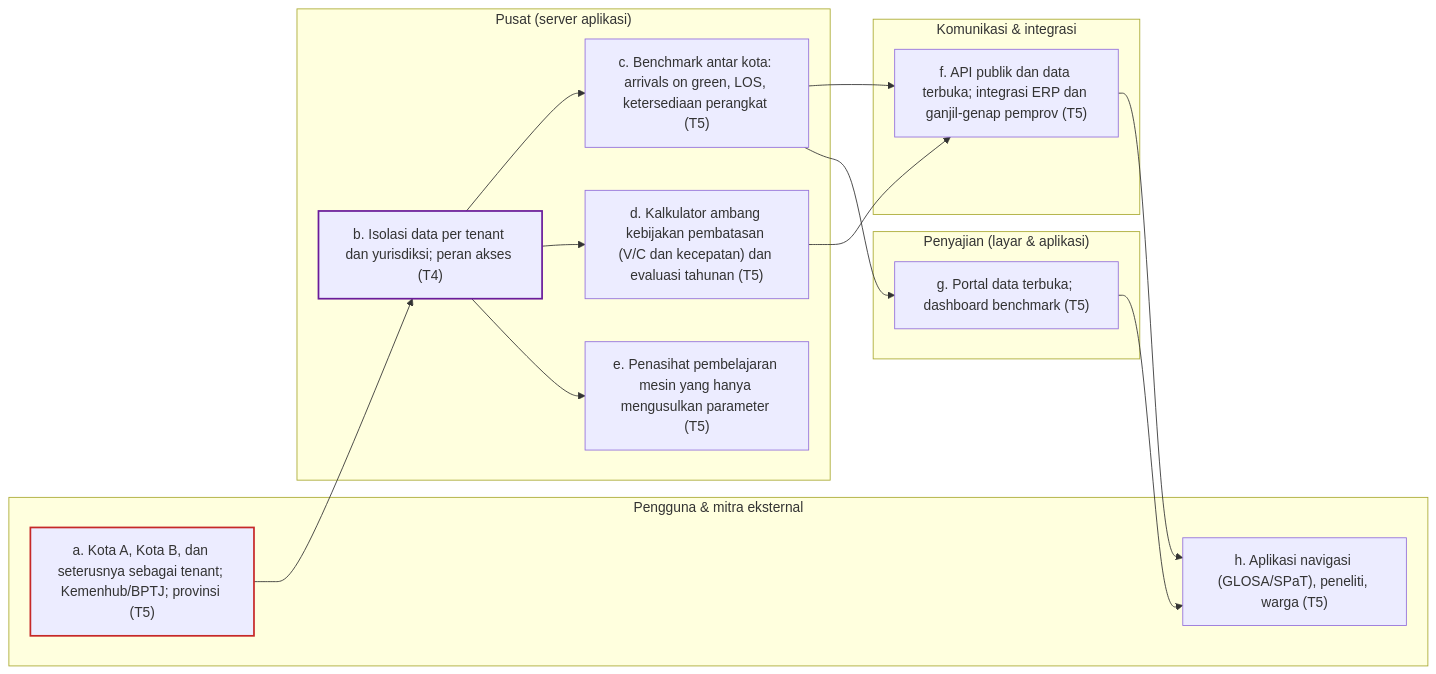
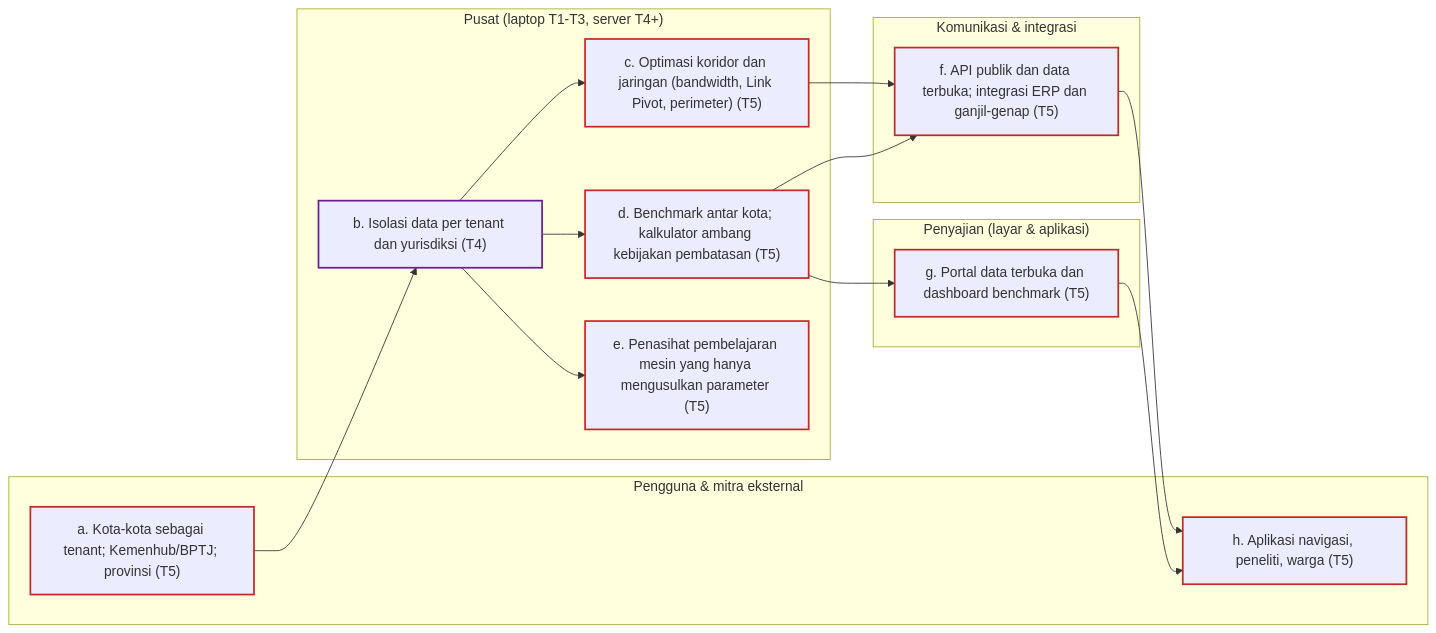
Diagram 12 of 12 in docs/planning/diagram/_bagian_diagram.md (lionateofhaidar/irama-project), drawn with Mermaid before and after one commit. The commit also changed other lines of this file and 75 other files, not shown here.

First line of the commit message:
Revisi fokus T2 Vision Tracker dan Optimasi Simpang; dokumen 14 sampai 16; diagram dirutekan ulang

````diff
--- a/docs/planning/diagram/_bagian_diagram.md
+++ b/docs/planning/diagram/_bagian_diagram.md
@@ -617,30 +666,32 @@
 ```mermaid
 flowchart LR
   subgraph P["Pengguna & mitra eksternal"]
-    F12a["a. Kota A, Kota B, dan seterusnya sebagai tenant; Kemenhub/BPTJ; provinsi (T5)"]
-    F12h["h. Aplikasi navigasi (GLOSA/SPaT), peneliti, warga (T5)"]
+    F12a["a. Kota-kota sebagai tenant; Kemenhub/BPTJ; provinsi (T5)"]
+    F12h["h. Aplikasi navigasi, peneliti, warga (T5)"]
   end
   subgraph U["Penyajian (layar & aplikasi)"]
-    F12g["g. Portal data terbuka; dashboard benchmark (T5)"]
+    F12g["g. Portal data terbuka dan dashboard benchmark (T5)"]
   end
-  subgraph S["Pusat (server aplikasi)"]
-    F12b["b. Isolasi data per tenant dan yurisdiksi; peran akses (T4)"]
-    F12c["c. Benchmark antar kota: arrivals on green, LOS, ketersediaan perangkat (T5)"]
-    F12d["d. Kalkulator ambang kebijakan pembatasan (V/C dan kecepatan) dan evaluasi tahunan (T5)"]
+  subgraph S["Pusat (laptop T1-T3, server T4+)"]
+    F12b["b. Isolasi data per tenant dan yurisdiksi (T4)"]
+    F12c["c. Optimasi koridor dan jaringan (bandwidth, Link Pivot, perimeter) (T5)"]
+    F12d["d. Benchmark antar kota; kalkulator ambang kebijakan pembatasan (T5)"]
     F12e["e. Penasihat pembelajaran mesin yang hanya mengusulkan parameter (T5)"]
   end
   subgraph K["Komunikasi & integrasi"]
-    F12f["f. API publik dan data terbuka; integrasi ERP dan ganjil-genap pemprov (T5)"]
+    F12f["f. API publik dan data terbuka; integrasi ERP dan ganjil-genap (T5)"]
   end
   F12a --> F12b
   F12b --> F12c
   F12b --> F12d
   F12b --> F12e
   F12c --> F12f
   F12d --> F12f
-  F12c --> F12g
+  F12d --> F12g
   F12f --> F12h
   F12g --> F12h
-  style F12b stroke:#6A1B9A,stroke-width:2px
-  style F12a stroke:#C62828,stroke-width:2px
+  classDef t4 stroke:#6A1B9A,stroke-width:2px
+  class F12b t4
+  classDef t5 stroke:#C62828,stroke-width:2px
+  class F12a,F12c,F12d,F12e,F12f,F12g,F12h t5
 ```
````
